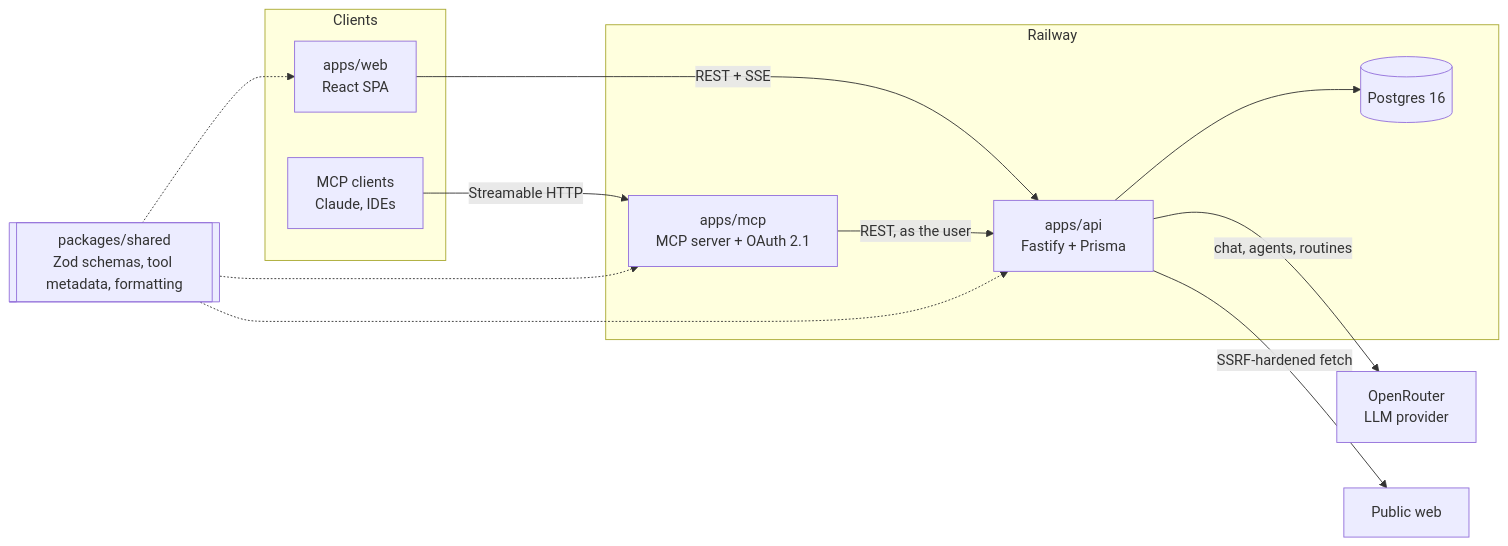
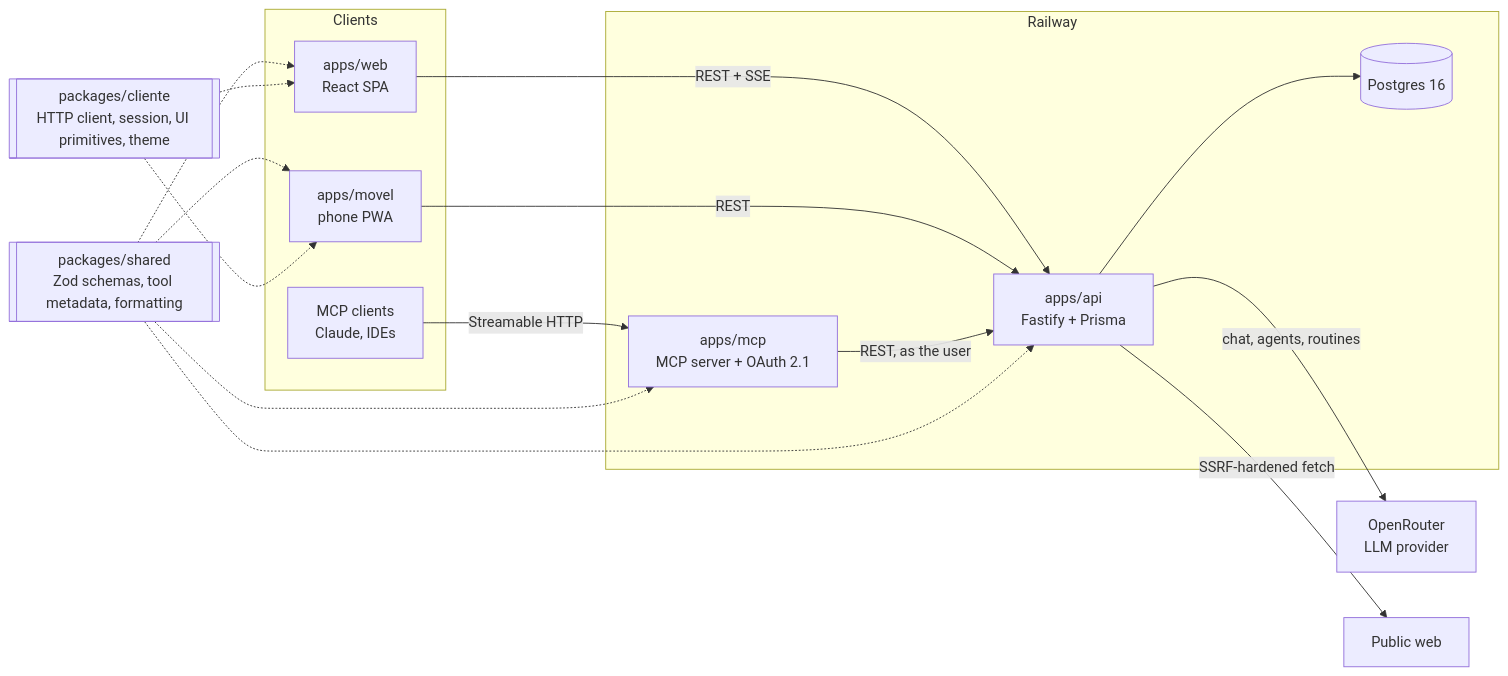
Before and after one commit to yjdutra/Yu-book: the diagram in README.md, drawn with Mermaid. The commit also changed other lines of this file and 139 other files, not shown here.

First line of the commit message:
feat(movel): app móvel e pacote de cliente comum — frente de agenda, Fase 3

````diff
--- a/README.md
+++ b/README.md
@@ -122,28 +122,35 @@
 ```mermaid
 flowchart LR
   subgraph clients[Clients]
     web[apps/web<br/>React SPA]
+    movel[apps/movel<br/>phone PWA]
     mcpc[MCP clients<br/>Claude, IDEs]
   end
 
   subgraph railway[Railway]
     api[apps/api<br/>Fastify + Prisma]
     mcp[apps/mcp<br/>MCP server + OAuth 2.1]
     db[(Postgres 16)]
   end
 
   or[OpenRouter<br/>LLM provider]
   www[Public web]
 
   web -- REST + SSE --> api
+  movel -- REST --> api
   mcpc -- Streamable HTTP --> mcp
   mcp -- REST, as the user --> api
   api --> db
   api -- chat, agents, routines --> or
   api -- SSRF-hardened fetch --> www
 
   shared[[packages/shared<br/>Zod schemas, tool metadata, formatting]]
   shared -.-> web
   shared -.-> api
   shared -.-> mcp
+  shared -.-> movel
+
+  cliente[[packages/cliente<br/>HTTP client, session, UI primitives, theme]]
+  cliente -.-> web
+  cliente -.-> movel
 ```
````
